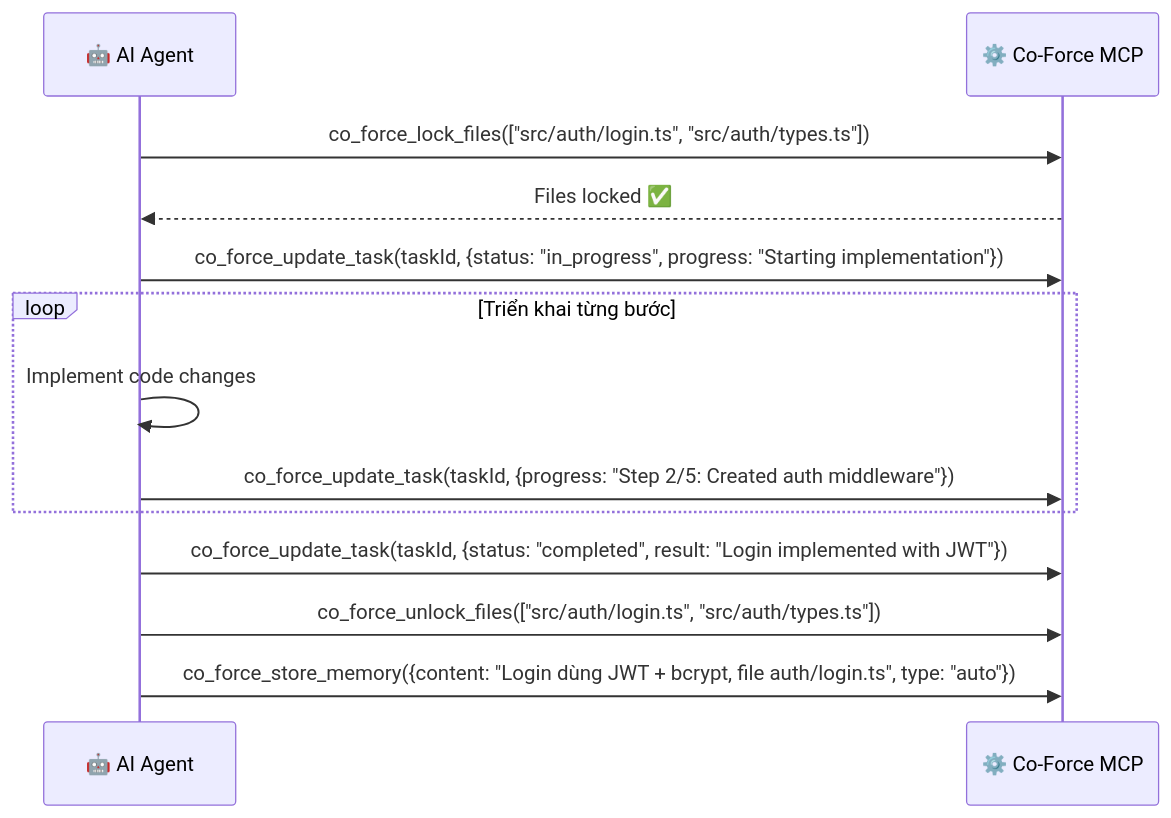
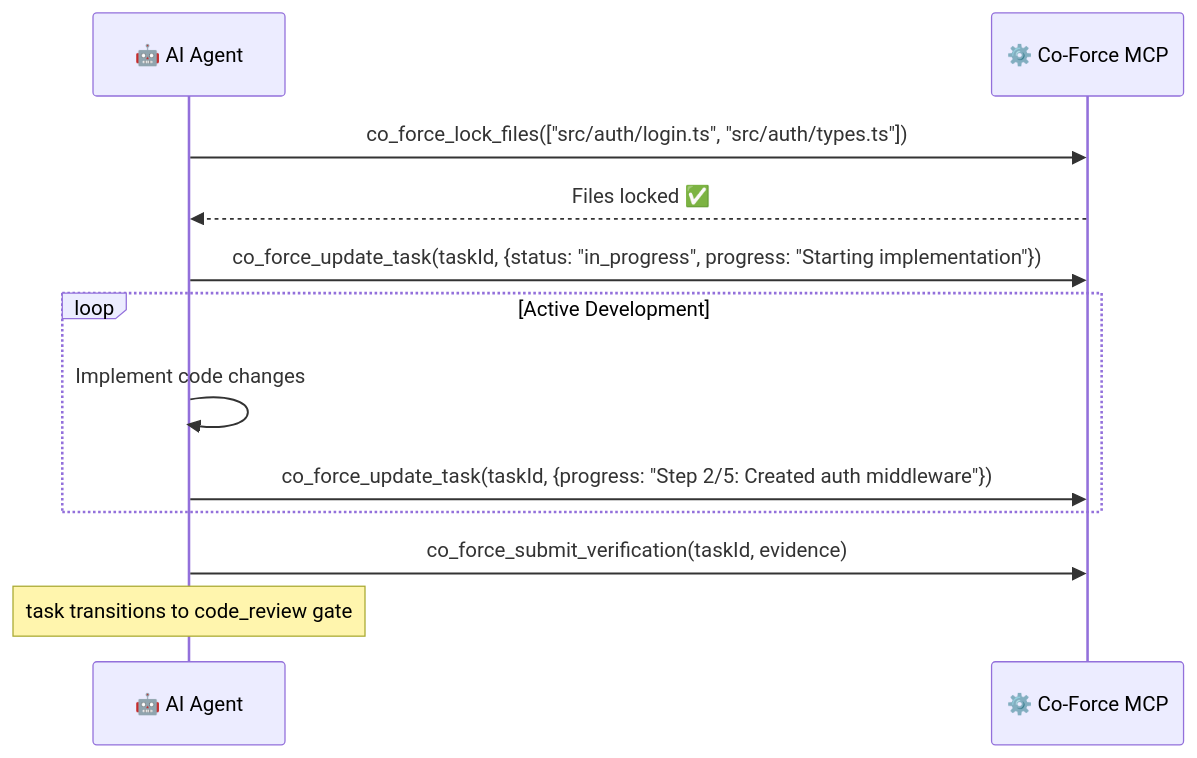
Before and after one commit to hiimtrung/co-force: the tenth of 29 diagrams in docs/URD.md, drawn with Mermaid. The commit also changed other lines of this file and 17 other files, not shown here.

````diff
--- a/docs/URD.md
+++ b/docs/URD.md
@@ -795,19 +719,18 @@
 ```mermaid
 sequenceDiagram
     participant Agent as 🤖 AI Agent
     participant MCP as ⚙️ Co-Force MCP
 
     Agent->>MCP: co_force_lock_files(["src/auth/login.ts", "src/auth/types.ts"])
     MCP-->>Agent: Files locked ✅
 
     Agent->>MCP: co_force_update_task(taskId, {status: "in_progress", progress: "Starting implementation"})
 
-    loop Triển khai từng bước
+    loop Active Development
         Agent->>Agent: Implement code changes
         Agent->>MCP: co_force_update_task(taskId, {progress: "Step 2/5: Created auth middleware"})
     end
 
-    Agent->>MCP: co_force_update_task(taskId, {status: "completed", result: "Login implemented with JWT"})
-    Agent->>MCP: co_force_unlock_files(["src/auth/login.ts", "src/auth/types.ts"])
-    Agent->>MCP: co_force_store_memory({content: "Login dùng JWT + bcrypt, file auth/login.ts", type: "auto"})
+    Agent->>MCP: co_force_submit_verification(taskId, evidence)
+    Note over Agent: task transitions to code_review gate
 ```
````
